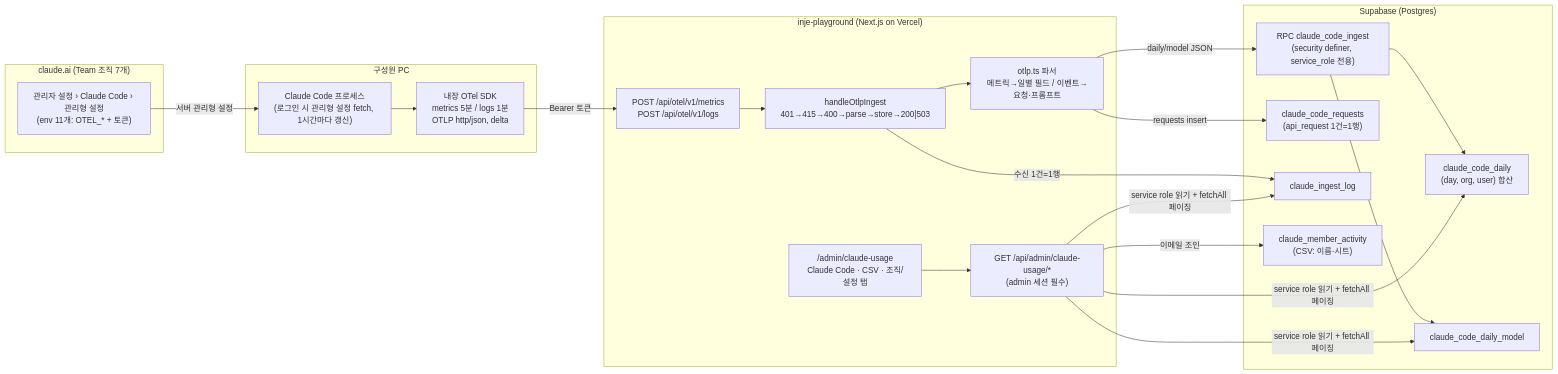
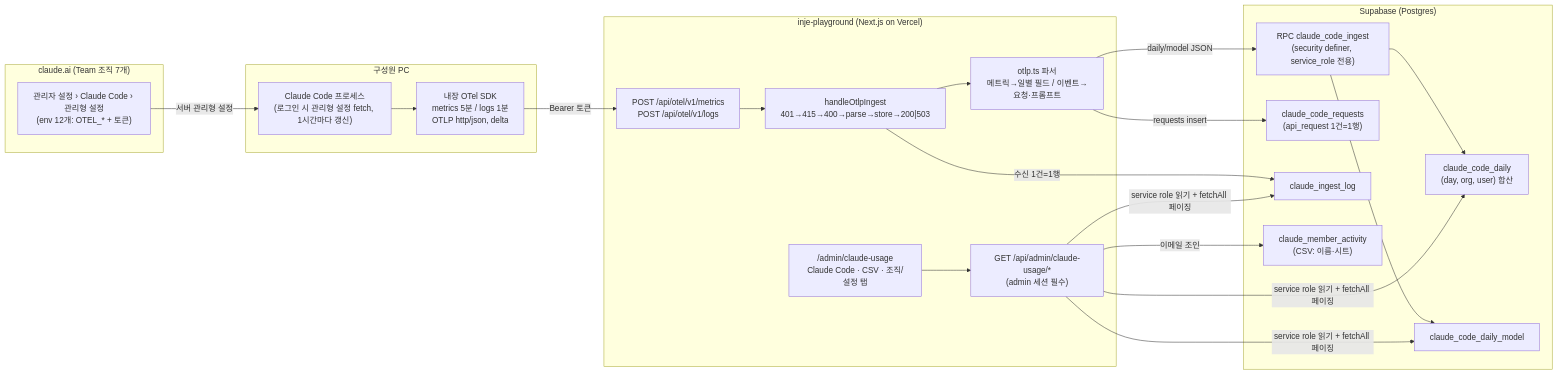
Before and after one commit to abraxas73/inje-playground: the first of 2 diagrams in docs/claude-usage-architecture.md, drawn with Mermaid. The commit also changed other lines of this file, not shown here.

Commit message:
docs(claude-usage): 아키텍처 문서 이벤트 표·env 개수 최신화(프롬프트 내용·도구 집계 반영)

````diff
--- a/docs/claude-usage-architecture.md
+++ b/docs/claude-usage-architecture.md
@@ -7,34 +7,34 @@
 ```mermaid
 flowchart LR
   subgraph Anthropic["claude.ai (Team 조직 7개)"]
-    MS["관리자 설정 › Claude Code › 관리형 설정<br/>(env 11개: OTEL_* + 토큰)"]
+    MS["관리자 설정 › Claude Code › 관리형 설정<br/>(env 12개: OTEL_* + 토큰)"]
   end
   subgraph Dev["구성원 PC"]
     CC["Claude Code 프로세스<br/>(로그인 시 관리형 설정 fetch, 1시간마다 갱신)"]
     OT["내장 OTel SDK<br/>metrics 5분 / logs 1분<br/>OTLP http/json, delta"]
   end
   subgraph Vercel["inje-playground (Next.js on Vercel)"]
     IN["POST /api/otel/v1/metrics<br/>POST /api/otel/v1/logs"]
     H["handleOtlpIngest<br/>401→415→400→parse→store→200|503"]
     P["otlp.ts 파서<br/>메트릭→일별 필드 / 이벤트→요청·프롬프트"]
     API["GET /api/admin/claude-usage/*<br/>(admin 세션 필수)"]
     UI["/admin/claude-usage<br/>Claude Code · CSV · 조직/설정 탭"]
   end
   subgraph Supabase["Supabase (Postgres)"]
     RPC["RPC claude_code_ingest<br/>(security definer, service_role 전용)"]
     T1["claude_code_daily<br/>(day, org, user) 합산"]
     T2["claude_code_daily_model"]
     T3["claude_code_requests<br/>(api_request 1건=1행)"]
     T4["claude_ingest_log"]
     T5["claude_member_activity<br/>(CSV: 이름·시트)"]
   end
   MS -- "서버 관리형 설정" --> CC
   CC --> OT
   OT -- "Bearer 토큰" --> IN --> H --> P
   P -- "daily/model JSON" --> RPC --> T1 & T2
   P -- "requests insert" --> T3
   H -- "수신 1건=1행" --> T4
   UI --> API
   API -- "service role 읽기 + fetchAll 페이징" --> T1 & T2 & T4
   API -- "이메일 조인" --> T5
 ```
````
